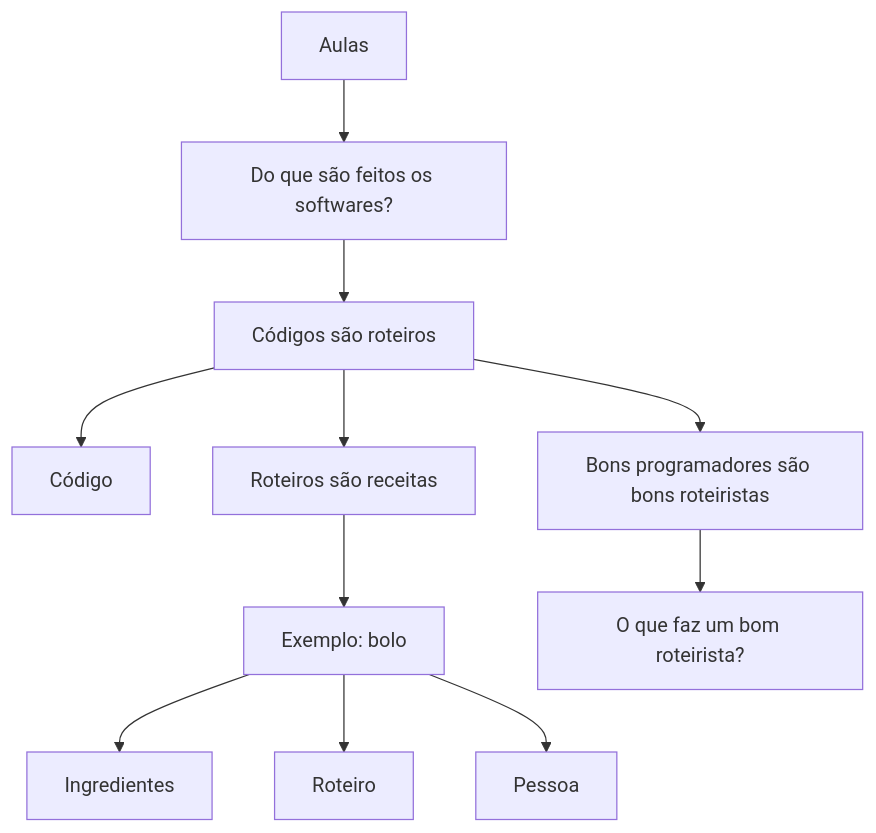
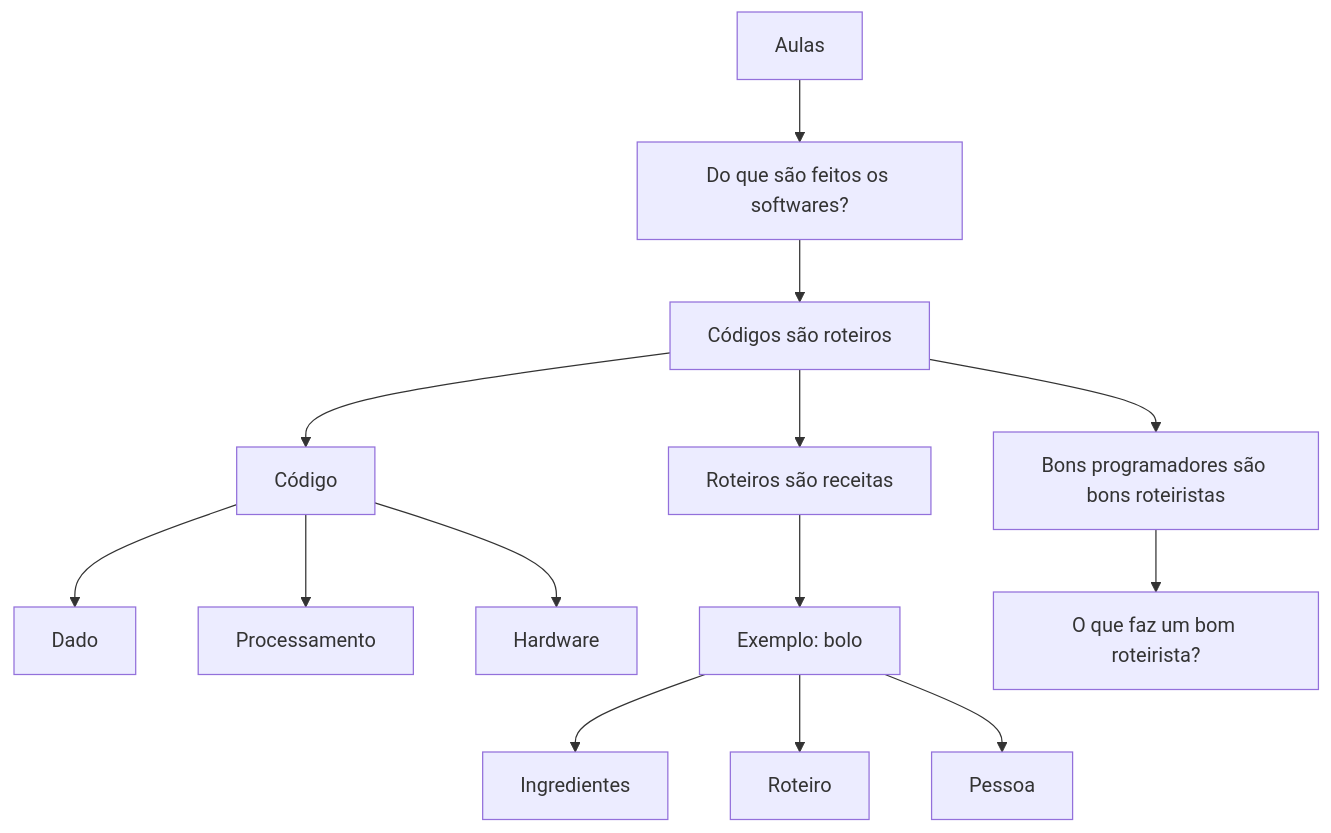
One commit to laerciogermano/workstation changed the diagram in aulas/README.md. Above: the diagram before and after it, drawn with Mermaid. The commit also changed other lines of this file, not shown here.

Commit message:
Adiciona Dado, Processamento e Hardware sob Código no artigo de aulas.

````diff
--- a/aulas/README.md
+++ b/aulas/README.md
@@ -3,24 +3,30 @@
 ```mermaid
 flowchart TD
   A[Aulas]
   B[Do que são feitos os softwares?]
   C[Códigos são roteiros]
   CG[Código]
+  CG1[Dado]
+  CG2[Processamento]
+  CG3[Hardware]
   D[Roteiros são receitas]
   DX[Exemplo: bolo]
   D1[Ingredientes]
   D2[Roteiro]
   D3[Pessoa]
   E[Bons programadores são bons roteiristas]
   F[O que faz um bom roteirista?]
   A --> B
   B --> C
   C --> CG
+  CG --> CG1
+  CG --> CG2
+  CG --> CG3
   C --> D
   D --> DX
   DX --> D1
   DX --> D2
   DX --> D3
   C --> E
   E --> F
 ```
````
